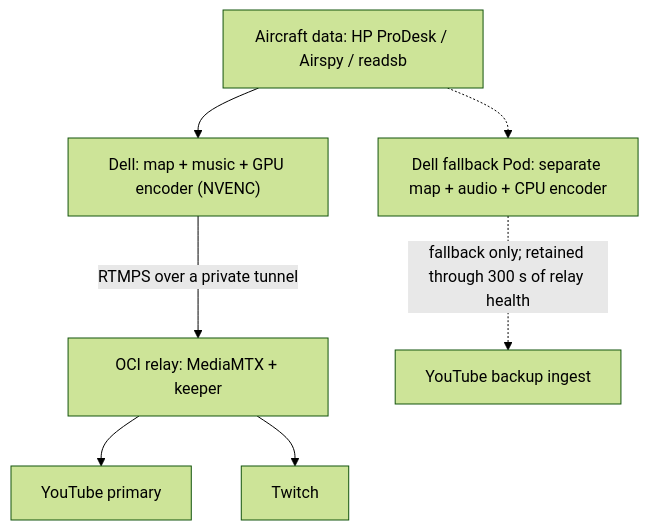
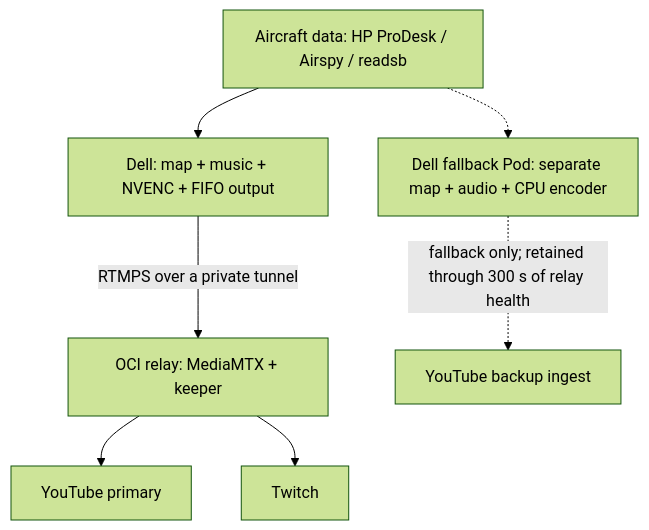
Before and after one commit to yukimurata0421/live-stream-systems-case-study: the first of 2 diagrams in README.md, drawn with Mermaid (forest theme). The commit also changed other lines of this file and 55 other files, not shown here.

````diff
--- a/README.md
+++ b/README.md
@@ -69,9 +70,9 @@
 ```mermaid
 flowchart TB
-    SOURCE["Aircraft data: HP ProDesk / Airspy / readsb"] --> MEDIA["Dell: map + music + GPU encoder (NVENC)"]
+    SOURCE["Aircraft data: HP ProDesk / Airspy / readsb"] --> MEDIA["Dell: map + music + NVENC + FIFO output"]
     MEDIA -->|"RTMPS over a private tunnel"| OCI["OCI relay: MediaMTX + keeper"]
     OCI --> YT["YouTube primary"]
     OCI --> TW["Twitch"]
     SOURCE -.-> BACKUP["Dell fallback Pod: separate map + audio + CPU encoder"]
     BACKUP -.->|"fallback only; retained through 300 s of relay health"| YTB["YouTube backup ingest"]
 ```
````
